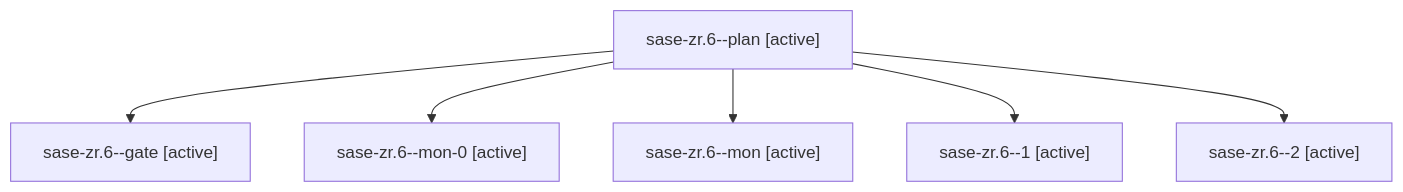
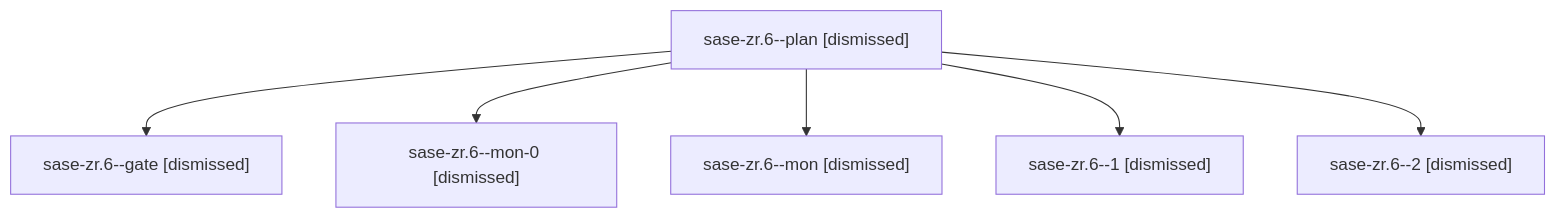
Before and after one commit to sase-org/sase--agents: the diagram in sessions/bbugyi200.apollo.sase-zr.6.md, drawn with Mermaid. The commit also changed other lines of this file and 190 other files, not shown here.

````diff
--- a/sessions/bbugyi200.apollo.sase-zr.6.md
+++ b/sessions/bbugyi200.apollo.sase-zr.6.md
@@ -9,14 +9,14 @@
 ```mermaid
 flowchart TD
-  n0["sase-zr.6--plan [active]"]
-  n1["sase-zr.6--gate [active]"]
+  n0["sase-zr.6--plan [dismissed]"]
+  n1["sase-zr.6--gate [dismissed]"]
   n0 --> n1
-  n2["sase-zr.6--mon-0 [active]"]
+  n2["sase-zr.6--mon-0 [dismissed]"]
   n0 --> n2
-  n3["sase-zr.6--mon [active]"]
+  n3["sase-zr.6--mon [dismissed]"]
   n0 --> n3
-  n4["sase-zr.6--1 [active]"]
+  n4["sase-zr.6--1 [dismissed]"]
   n0 --> n4
-  n5["sase-zr.6--2 [active]"]
+  n5["sase-zr.6--2 [dismissed]"]
   n0 --> n5
 ```
````
